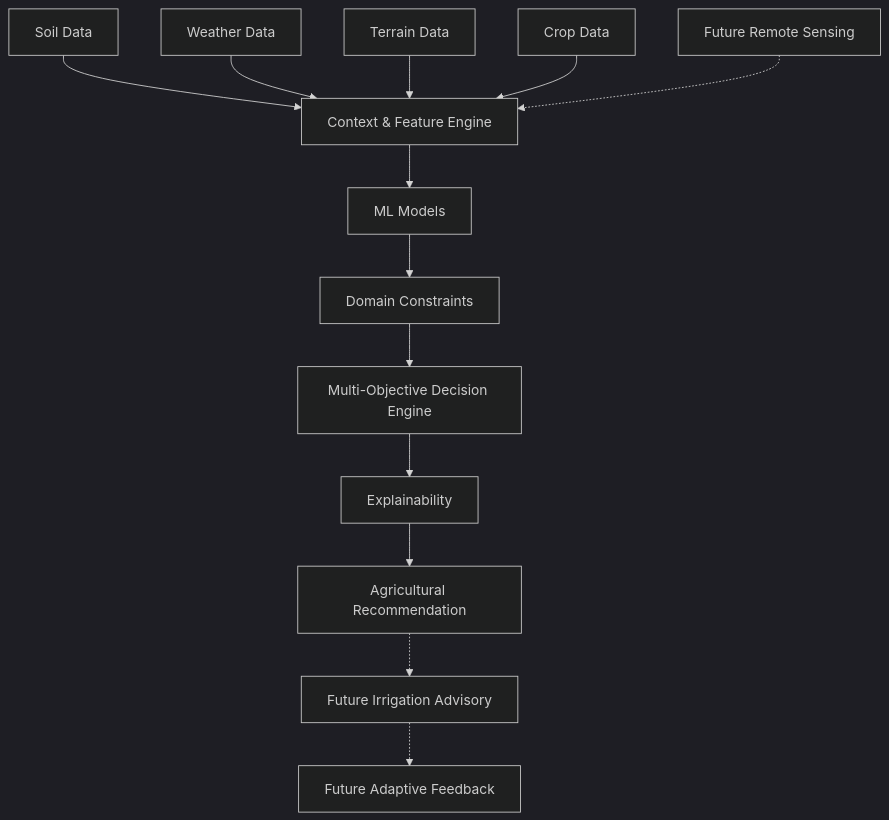
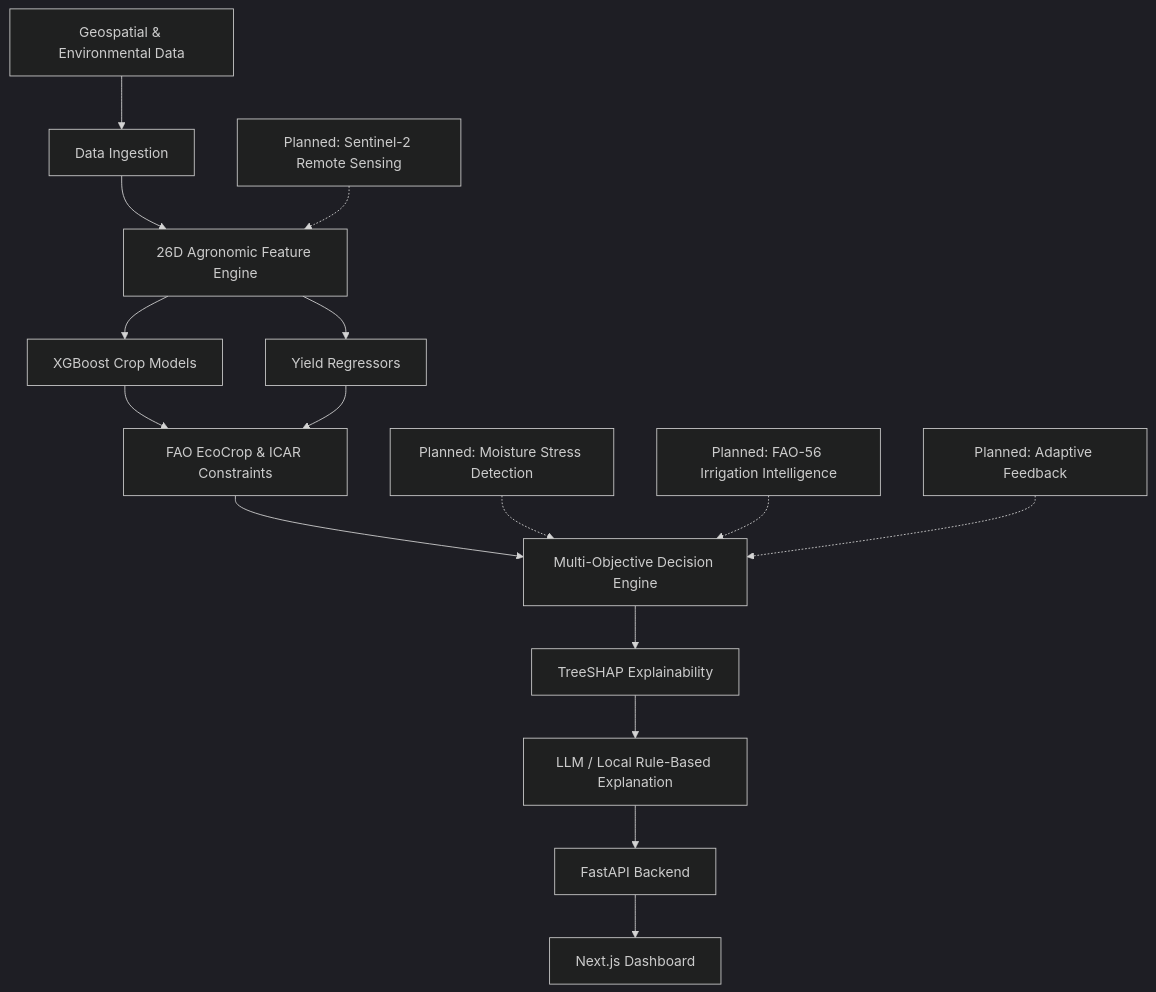
Before and after one commit to harshilsetty/GeoAgri-AI: the diagram in README.md, drawn with Mermaid (dark theme). The commit also changed other lines of this file, not shown here.

Commit message:
docs: finalize README formatting and architecture diagram

````diff
--- a/README.md
+++ b/README.md
@@ -138,17 +138,19 @@
 ```mermaid
 flowchart TD
-    A[Soil Data] --> E[Context & Feature Engine]
-    B[Weather Data] --> E
-    C[Terrain Data] --> E
-    D[Crop Data] --> E
+    A[Geospatial & Environmental Data] --> B[Data Ingestion]
+    B --> C[26D Agronomic Feature Engine]
+    C --> D[XGBoost Crop Models]
+    C --> E[Yield Regressors]
+    D --> F[FAO EcoCrop & ICAR Constraints]
+    E --> F
+    F --> G[Multi-Objective Decision Engine]
+    G --> H[TreeSHAP Explainability]
+    H --> I[LLM / Local Rule-Based Explanation]
+    I --> J[FastAPI Backend]
+    J --> K[Next.js Dashboard]
 
-    E --> F[ML Models]
-    F --> G[Domain Constraints]
-    G --> H[Multi-Objective Decision Engine]
-    H --> I[Explainability]
-    I --> J[Agricultural Recommendation]
-
-    K[Future Remote Sensing] -.-> E
-    J -.-> L[Future Irrigation Advisory]
-    L -.-> M[Future Adaptive Feedback]
+    L[Planned: Sentinel-2 Remote Sensing] -.-> C
+    M[Planned: Moisture Stress Detection] -.-> G
+    N[Planned: FAO-56 Irrigation Intelligence] -.-> G
+    O[Planned: Adaptive Feedback] -.-> G
 ```
````
